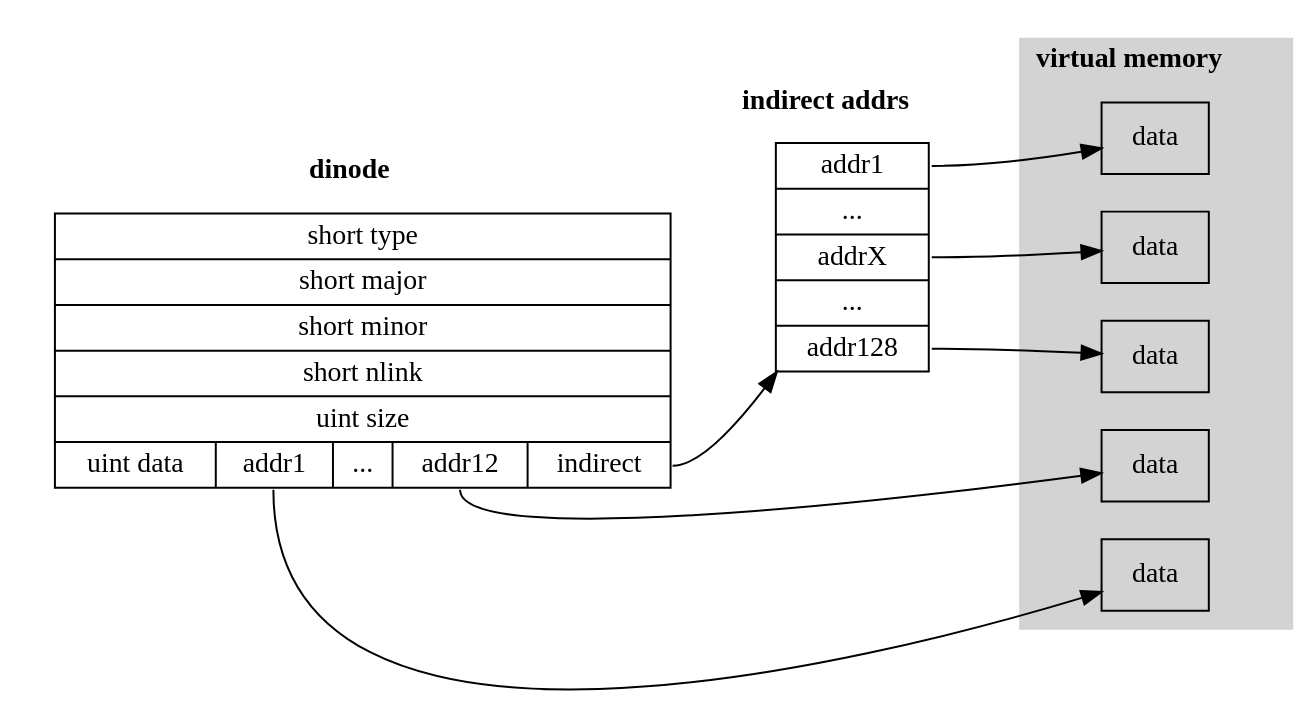
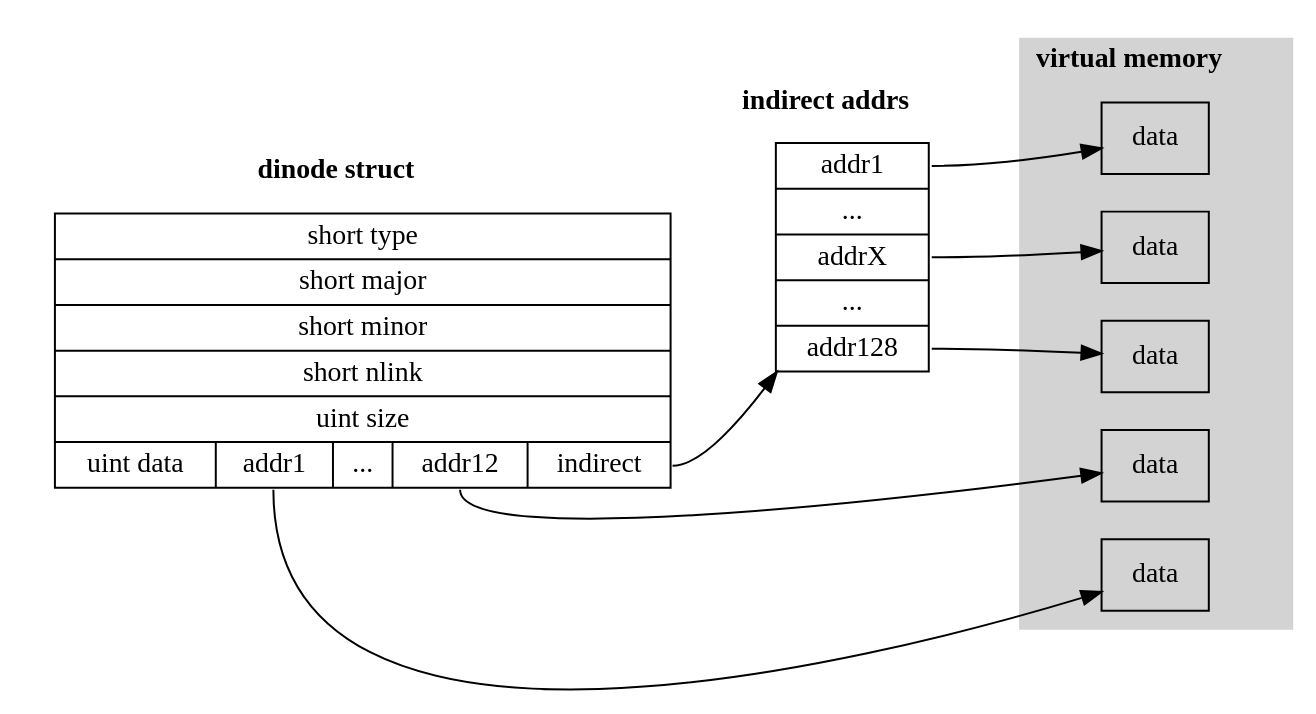
The diagram in img/dinode-struct.dot (Jeanhwea/xv6-course), drawn with Graphviz before and after one commit. The commit also changed 1 other file, not shown here.

```diff
--- a/img/dinode-struct.dot
+++ b/img/dinode-struct.dot
@@ -1,28 +1,28 @@
 digraph dinode_struct {
   rankdir=LR;
   node [shape=record];
 
   subgraph cluster_dinode {
-    label =<<b>dinode</b>>; style=filled; color=white;
+    label =<<b>dinode struct</b>>; style=filled; color=white;
     dinode [label="short type|short major|short minor|short nlink|uint size|{uint data|<d1>addr1|...|<d2>addr12|<ind>indirect}"];
   }
   subgraph cluster_indirect {
     label =<<b>indirect addrs</b>>; style=filled; color=white;
     indirect [label="<i1>addr1|...|<ix>addrX|...|<i2>addr128"];
   }
   subgraph cluster_data {
     label =<<b>virtual memory</b>>; style=filled; color=lightgray;
     data2  [label="data"];
     data1  [label="data"];
     idata1 [label="data"];
     idataX [label="data"];
     idata2 [label="data"];
   }
 
   dinode:d1 -> data1;
   dinode:d2 -> data2;
   dinode:ind -> indirect;
   indirect:i1 -> idata1;
   indirect:ix -> idataX;
   indirect:i2 -> idata2;
 }
```
